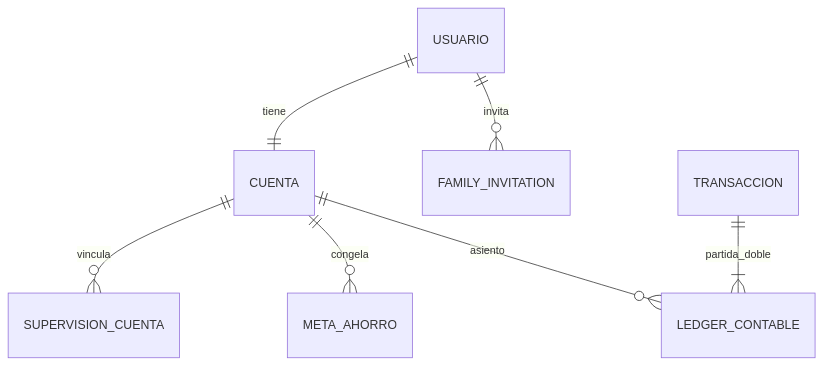
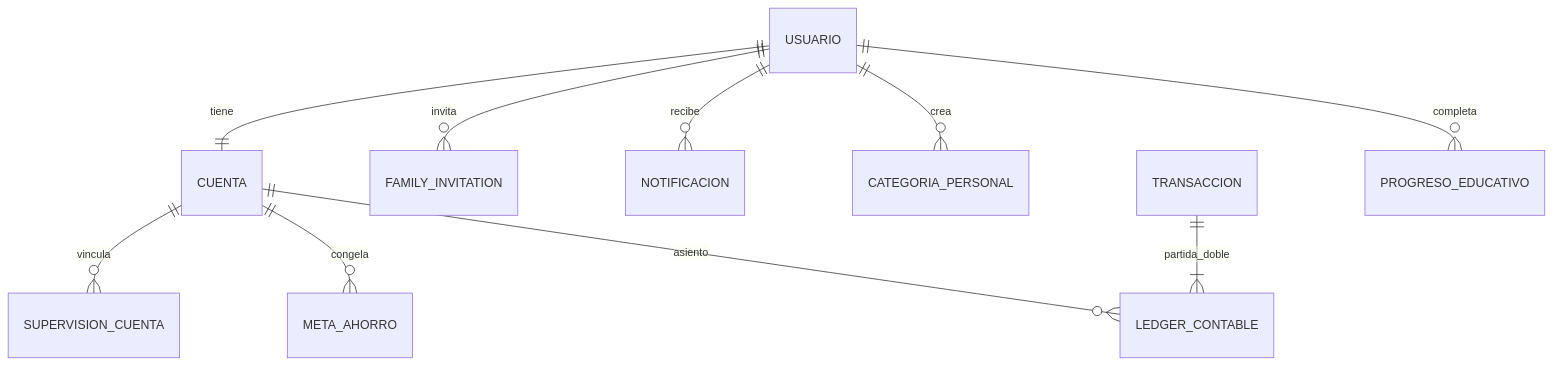
Before and after one commit to ch3cho33/Proyecto_BeHu: the diagram in README.md, drawn with Mermaid. The commit also changed other lines of this file and 26 other files, not shown here.

````diff
--- a/README.md
+++ b/README.md
@@ -17,9 +22,12 @@
 ```mermaid
 erDiagram
   USUARIO ||--|| CUENTA : tiene
   USUARIO ||--o{ FAMILY_INVITATION : invita
+  USUARIO ||--o{ NOTIFICACION : recibe
+  USUARIO ||--o{ CATEGORIA_PERSONAL : crea
   CUENTA ||--o{ SUPERVISION_CUENTA : vincula
   CUENTA ||--o{ META_AHORRO : congela
   TRANSACCION ||--|{ LEDGER_CONTABLE : partida_doble
   CUENTA ||--o{ LEDGER_CONTABLE : asiento
+  USUARIO ||--o{ PROGRESO_EDUCATIVO : completa
 ```
````
